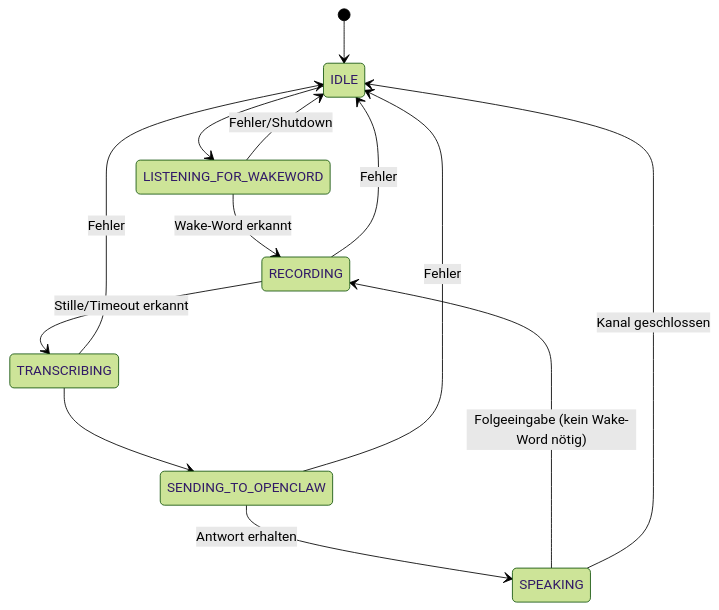
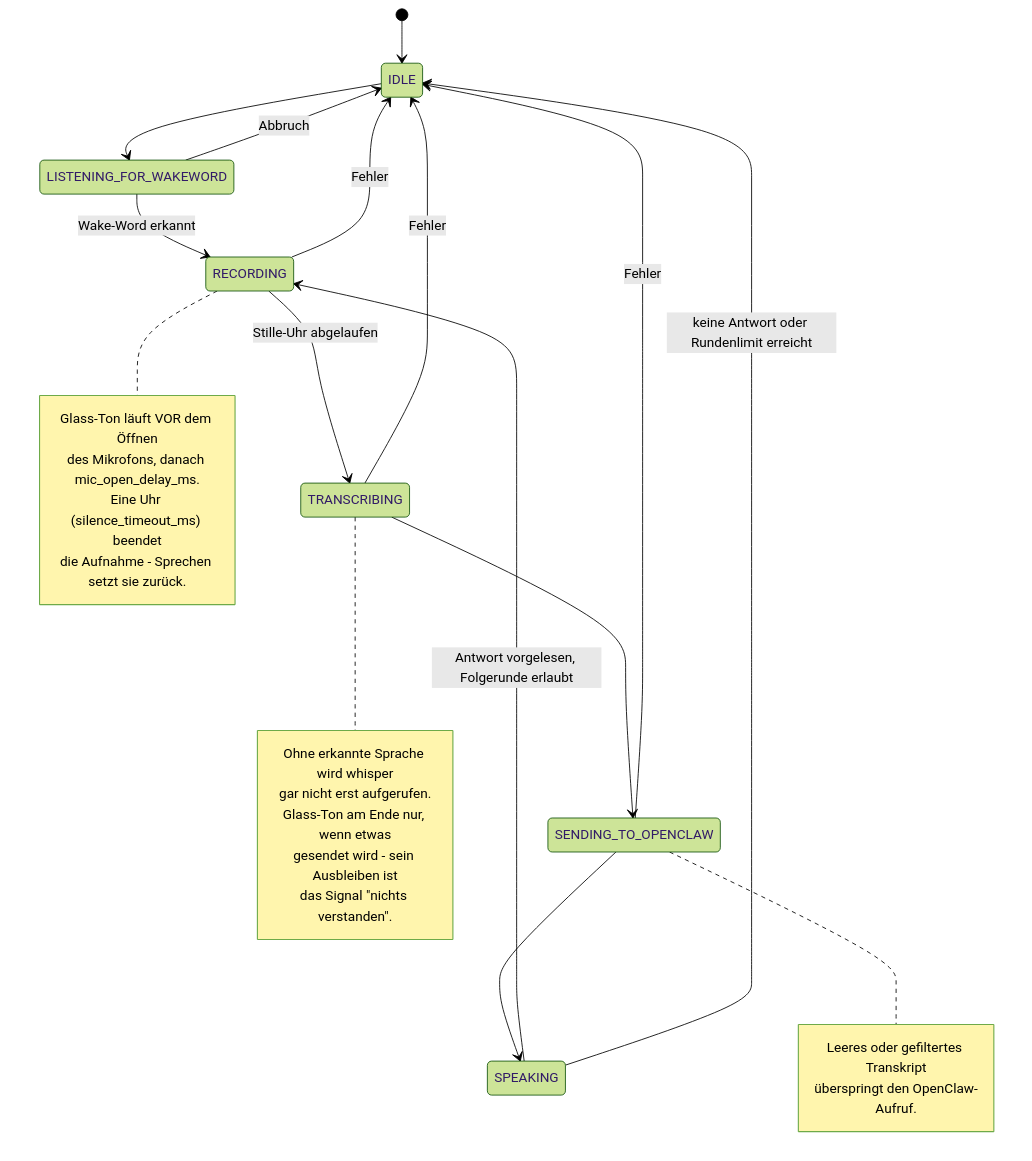
One commit to Gnidreve/openclaw-voicewake changed the diagram in README.md. Above: the diagram before and after it, drawn with Mermaid (forest theme).

Commit message:
README: enrich the state diagram with per-state notes
Relabels the transition edges to match the actual trigger conditions
(silence-clock expiry, round-limit, empty/filtered transcript) and adds
notes on the chime timing around RECORDING, the whisper-skip on
silence, and the transcript-filter skip before the OpenClaw call - the
invariants already documented in AGENTS.md, now visible in the diagram
itself.

````diff
--- a/README.md
+++ b/README.md
@@ -15,20 +15,38 @@
 ```mermaid
 stateDiagram-v2
     [*] --> IDLE
+
     IDLE --> LISTENING_FOR_WAKEWORD
+    LISTENING_FOR_WAKEWORD --> RECORDING: Wake-Word erkannt
+    RECORDING --> TRANSCRIBING: Stille-Uhr abgelaufen
+    TRANSCRIBING --> SENDING_TO_OPENCLAW
+    SENDING_TO_OPENCLAW --> SPEAKING
 
-    LISTENING_FOR_WAKEWORD --> RECORDING: Wake-Word erkannt
-    LISTENING_FOR_WAKEWORD --> IDLE: Fehler/Shutdown
+    SPEAKING --> RECORDING: Antwort vorgelesen, Folgerunde erlaubt
+    SPEAKING --> IDLE: keine Antwort oder Rundenlimit erreicht
 
-    RECORDING --> TRANSCRIBING: Stille/Timeout erkannt
+    LISTENING_FOR_WAKEWORD --> IDLE: Abbruch
     RECORDING --> IDLE: Fehler
-
-    TRANSCRIBING --> SENDING_TO_OPENCLAW
     TRANSCRIBING --> IDLE: Fehler
-
-    SENDING_TO_OPENCLAW --> SPEAKING: Antwort erhalten
     SENDING_TO_OPENCLAW --> IDLE: Fehler
 
-    SPEAKING --> RECORDING: Folgeeingabe (kein Wake-Word nötig)
-    SPEAKING --> IDLE: Kanal geschlossen
+    note right of RECORDING
+        Glass-Ton läuft VOR dem Öffnen
+        des Mikrofons, danach mic_open_delay_ms.
+        Eine Uhr (silence_timeout_ms) beendet
+        die Aufnahme - Sprechen setzt sie zurück.
+    end note
+
+    note right of TRANSCRIBING
+        Ohne erkannte Sprache wird whisper
+        gar nicht erst aufgerufen.
+        Glass-Ton am Ende nur, wenn etwas
+        gesendet wird - sein Ausbleiben ist
+        das Signal "nichts verstanden".
+    end note
+
+    note right of SENDING_TO_OPENCLAW
+        Leeres oder gefiltertes Transkript
+        überspringt den OpenClaw-Aufruf.
+    end note
 ```
````
